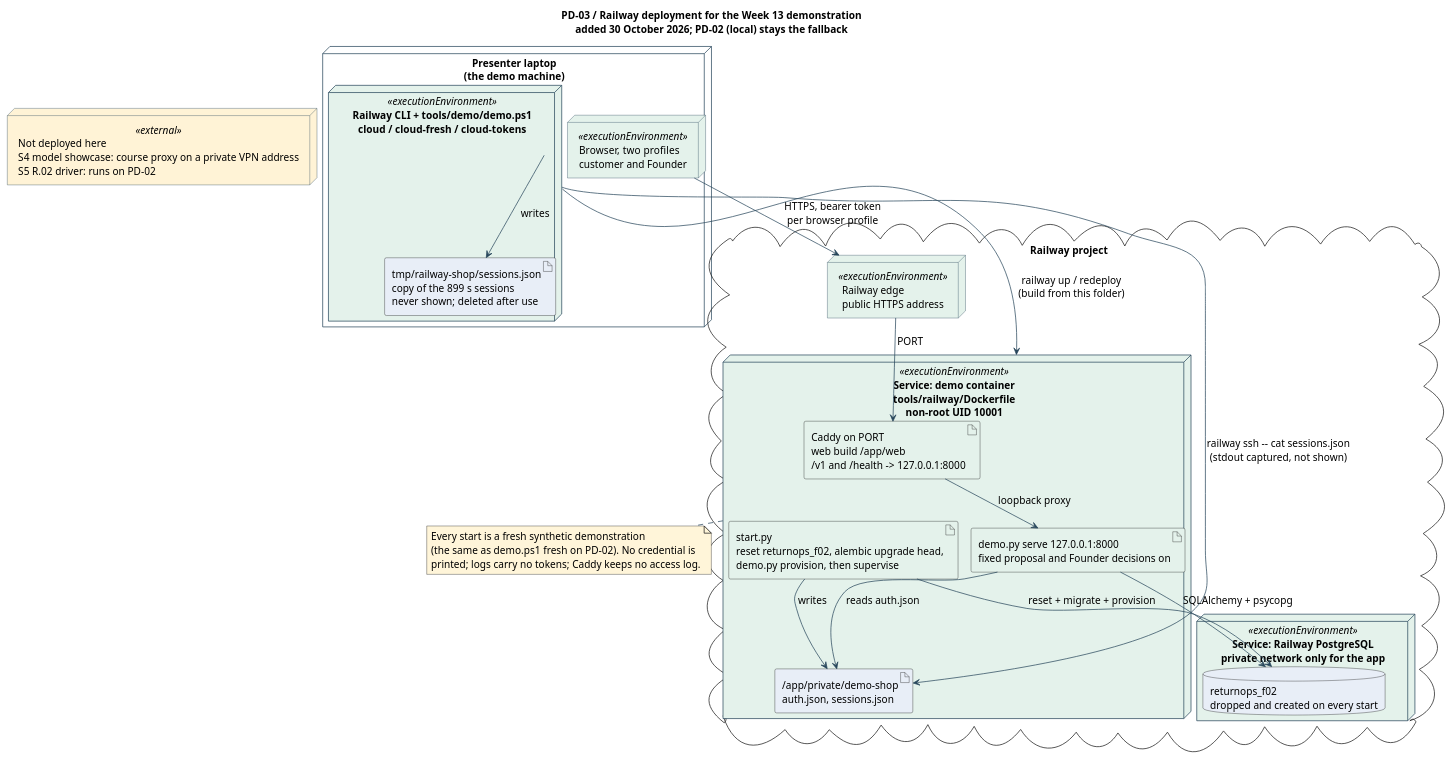
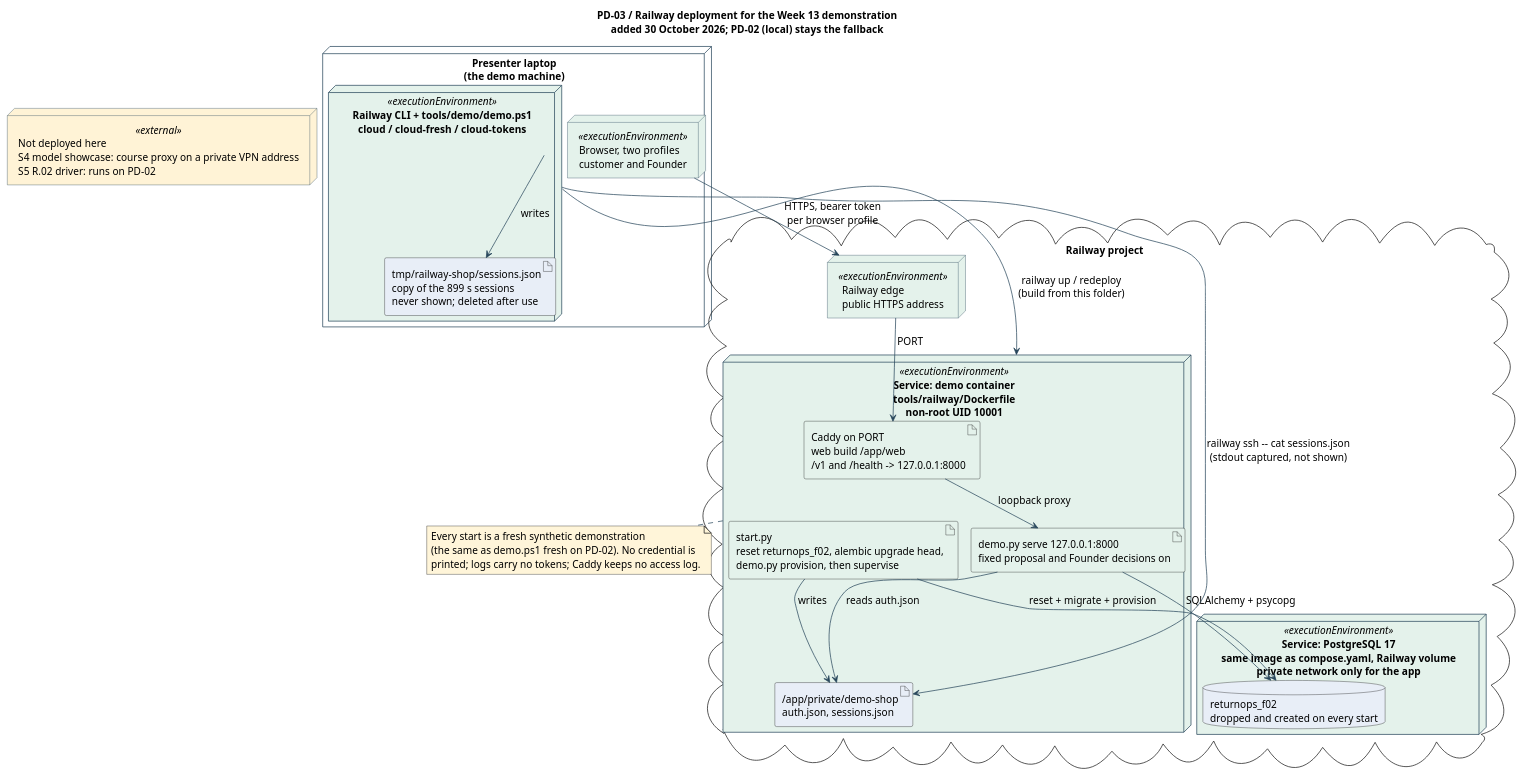
One commit to shuxiachai/returnops-au changed the diagram in docs/diagrams/shared/deployment-railway.puml. Above: the diagram before and after it, drawn with PlantUML. The commit also changed 5 other files, not shown here.

First line of the commit message:
fix(KAN-38): Railway needs PostgreSQL 17 and RAILWAY_DOCKERFILE_PATH; record the first real deployment

```diff
--- a/docs/diagrams/shared/deployment-railway.puml
+++ b/docs/diagrams/shared/deployment-railway.puml
@@ -1,53 +1,53 @@
 @startuml
 title PD-03 / Railway deployment for the Week 13 demonstration\nadded 30 October 2026; PD-02 (local) stays the fallback
 !pragma layout smetana
 top to bottom direction
 skinparam defaultFontName SansSerif
 skinparam defaultFontSize 14
 skinparam shadowing false
 skinparam componentStyle rectangle
 skinparam ArrowColor #27465B
 skinparam nodeBorderColor #27465B
 skinparam noteBackgroundColor #FFF5D9
 skinparam nodesep 55
 skinparam ranksep 55
 
 node "Presenter laptop\n(the demo machine)" as Laptop {
   node "Browser, two profiles\ncustomer and Founder" as Browser <<executionEnvironment>> #E4F2EB
   node "Railway CLI + tools/demo/demo.ps1\ncloud / cloud-fresh / cloud-tokens" as Cli <<executionEnvironment>> #E4F2EB {
     artifact "tmp/railway-shop/sessions.json\ncopy of the 899 s sessions\nnever shown; deleted after use" as LocalSessions #E8EEF7
   }
 }
 
 cloud "Railway project" as Railway {
   node "Railway edge\npublic HTTPS address" as Edge <<executionEnvironment>> #E4F2EB
   node "Service: demo container\ntools/railway/Dockerfile\nnon-root UID 10001" as Service <<executionEnvironment>> #E4F2EB {
     artifact "start.py\nreset returnops_f02, alembic upgrade head,\ndemo.py provision, then supervise" as Start #E4F2EB
     artifact "Caddy on PORT\nweb build /app/web\n/v1 and /health -> 127.0.0.1:8000" as Caddy #E4F2EB
     artifact "demo.py serve 127.0.0.1:8000\nfixed proposal and Founder decisions on" as Api #E4F2EB
     artifact "/app/private/demo-shop\nauth.json, sessions.json" as Private #E8EEF7
   }
-  node "Service: Railway PostgreSQL\nprivate network only for the app" as Postgres <<executionEnvironment>> #E4F2EB {
+  node "Service: PostgreSQL 17\nsame image as compose.yaml, Railway volume\nprivate network only for the app" as Postgres <<executionEnvironment>> #E4F2EB {
     database "returnops_f02\ndropped and created on every start" as Database #E8EEF7
   }
 }
 
 node "Not deployed here\nS4 model showcase: course proxy on a private VPN address\nS5 R.02 driver: runs on PD-02" as Elsewhere <<external>> #FFF3D6
 
 Browser --> Edge : HTTPS, bearer token\nper browser profile
 Edge --> Caddy : PORT
 Caddy --> Api : loopback proxy
 Start --> Private : writes
 Api --> Private : reads auth.json
 Start --> Database : reset + migrate + provision
 Api --> Database : SQLAlchemy + psycopg
 Cli --> Service : railway up / redeploy\n(build from this folder)
 Cli --> Private : railway ssh -- cat sessions.json\n(stdout captured, not shown)
 Cli --> LocalSessions : writes
 
 note bottom of Service
 Every start is a fresh synthetic demonstration
 (the same as demo.ps1 fresh on PD-02). No credential is
 printed; logs carry no tokens; Caddy keeps no access log.
 end note
 @enduml
```
